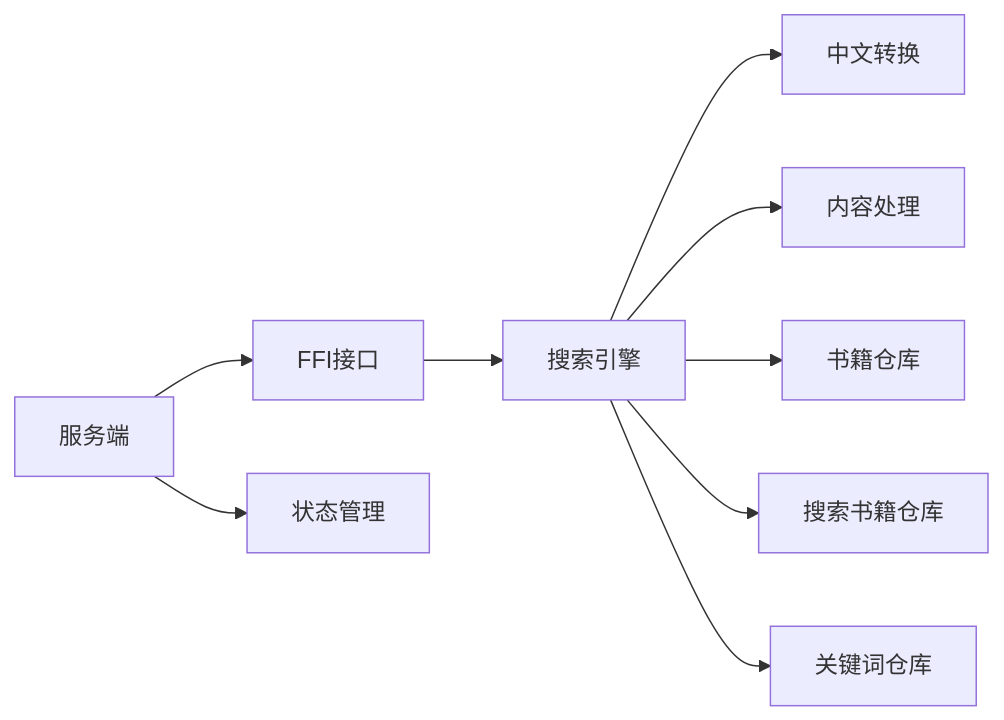
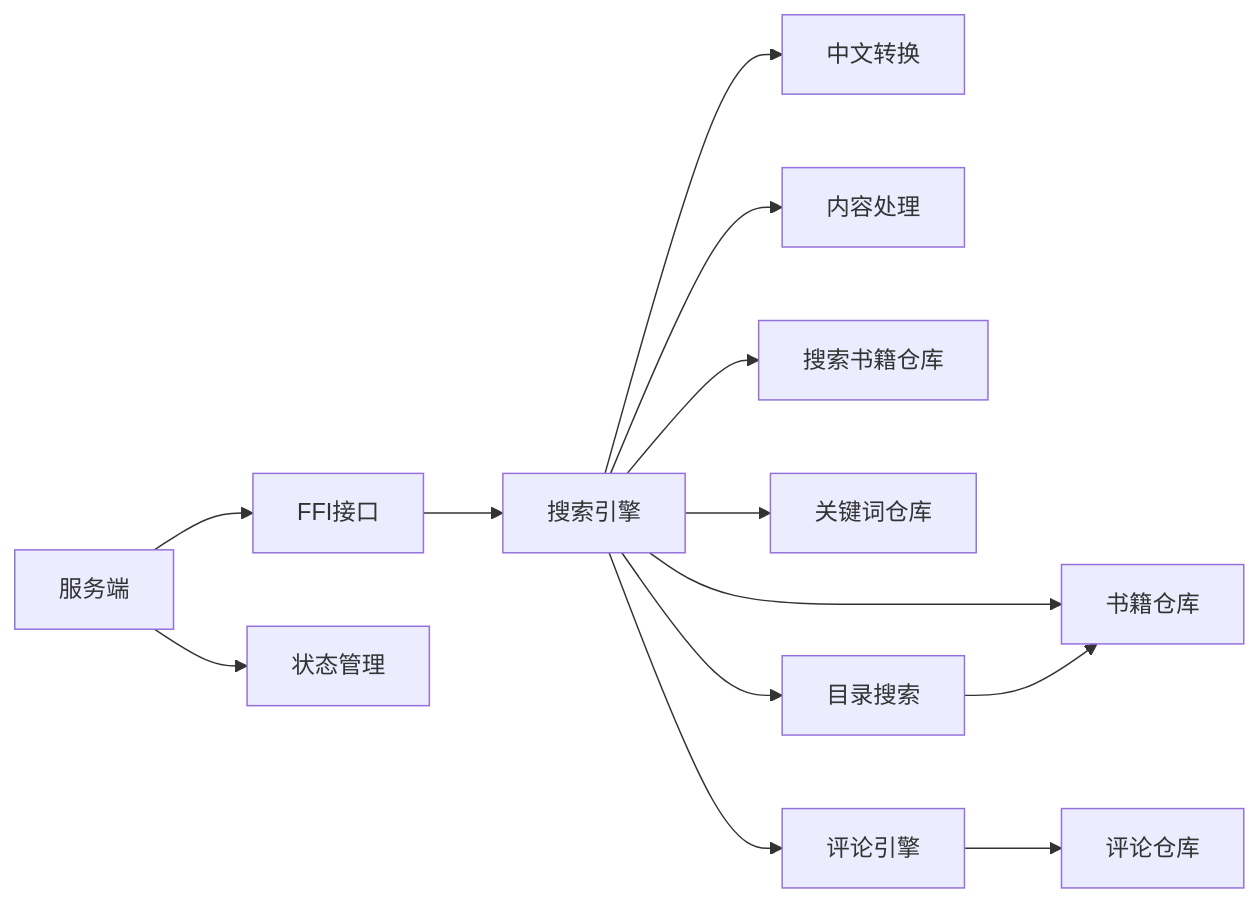
Before and after one commit to ZhangGHGitHub/LegadoTeamFlutter: the fourth of 4 diagrams in .qoder/repowiki/zh/content/搜索功能/搜索功能.md, drawn with Mermaid. The commit also changed other lines of this file and 269 other files, not shown here.

````diff
--- a/.qoder/repowiki/zh/content/搜索功能/搜索功能.md
+++ b/.qoder/repowiki/zh/content/搜索功能/搜索功能.md
@@ -266,11 +378,15 @@
 ```mermaid
 graph LR
 SearchEngine["搜索引擎"] --> ChineseConvert["中文转换"]
 SearchEngine --> ContentProc["内容处理"]
 SearchEngine --> RepoBook["书籍仓库"]
 SearchEngine --> RepoSearchBook["搜索书籍仓库"]
 SearchEngine --> RepoKeyword["关键词仓库"]
+SearchEngine --> DirSearch["目录搜索"]
+SearchEngine --> CommentEngine["评论引擎"]
 FFI["FFI接口"] --> SearchEngine
 Server["服务端"] --> FFI
 Server --> State["状态管理"]
+CommentEngine --> RepoComment["评论仓库"]
+DirSearch --> RepoBook
 ```
````
